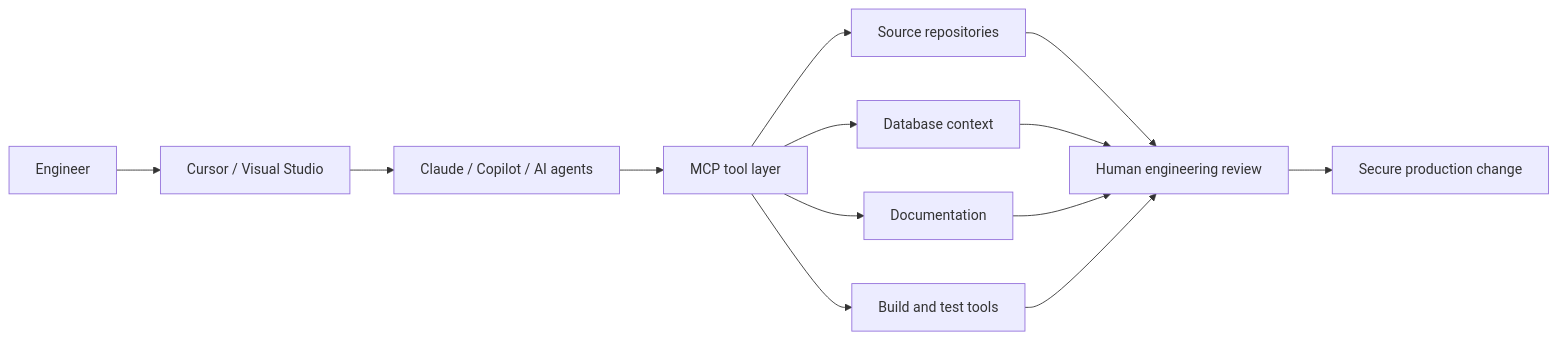
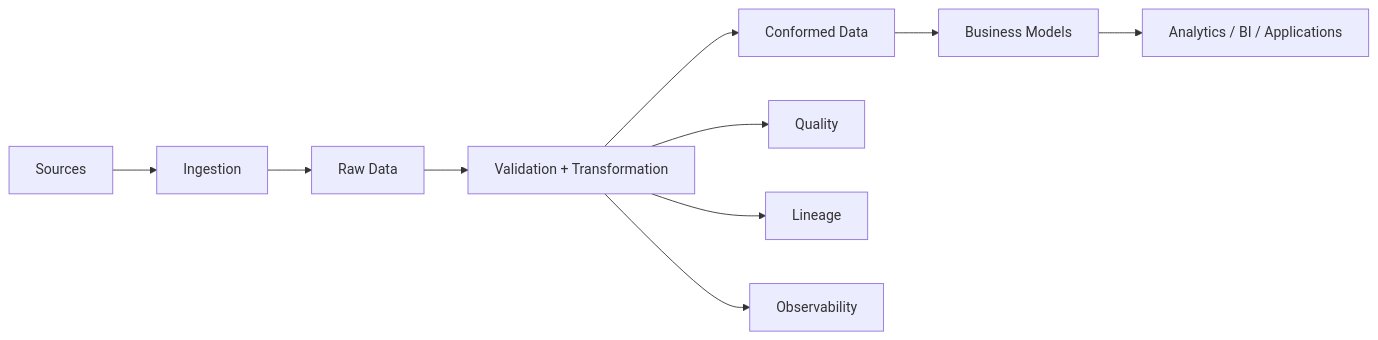
The diagram in README.md (mattmarcussmith/mattmarcussmith), drawn with Mermaid before and after one commit. The commit also changed other lines of this file, not shown here.

First line of the commit message:
Revise README for data engineering emphasis

````diff
--- a/README.md
+++ b/README.md
@@ -369,18 +214,13 @@
-```mermaid
+```mermaid id="c5ab15"
 flowchart LR
-    A["Engineer"] --> B["Cursor / Visual Studio"]
-    B --> C["Claude / Copilot / AI agents"]
-    C --> D["MCP tool layer"]
+    A["Sources"] --> B["Ingestion"]
+    B --> C["Raw Data"]
+    C --> D["Validation + Transformation"]
+    D --> E["Conformed Data"]
+    E --> F["Business Models"]
+    F --> G["Analytics / BI / Applications"]
 
-    D --> E["Source repositories"]
-    D --> F["Database context"]
-    D --> G["Documentation"]
-    D --> H["Build and test tools"]
-
-    E --> I["Human engineering review"]
-    F --> I
-    G --> I
-    H --> I
-
-    I --> J["Secure production change"]
+    D --> Q["Quality"]
+    D --> L["Lineage"]
+    D --> O["Observability"]
 ```
````
